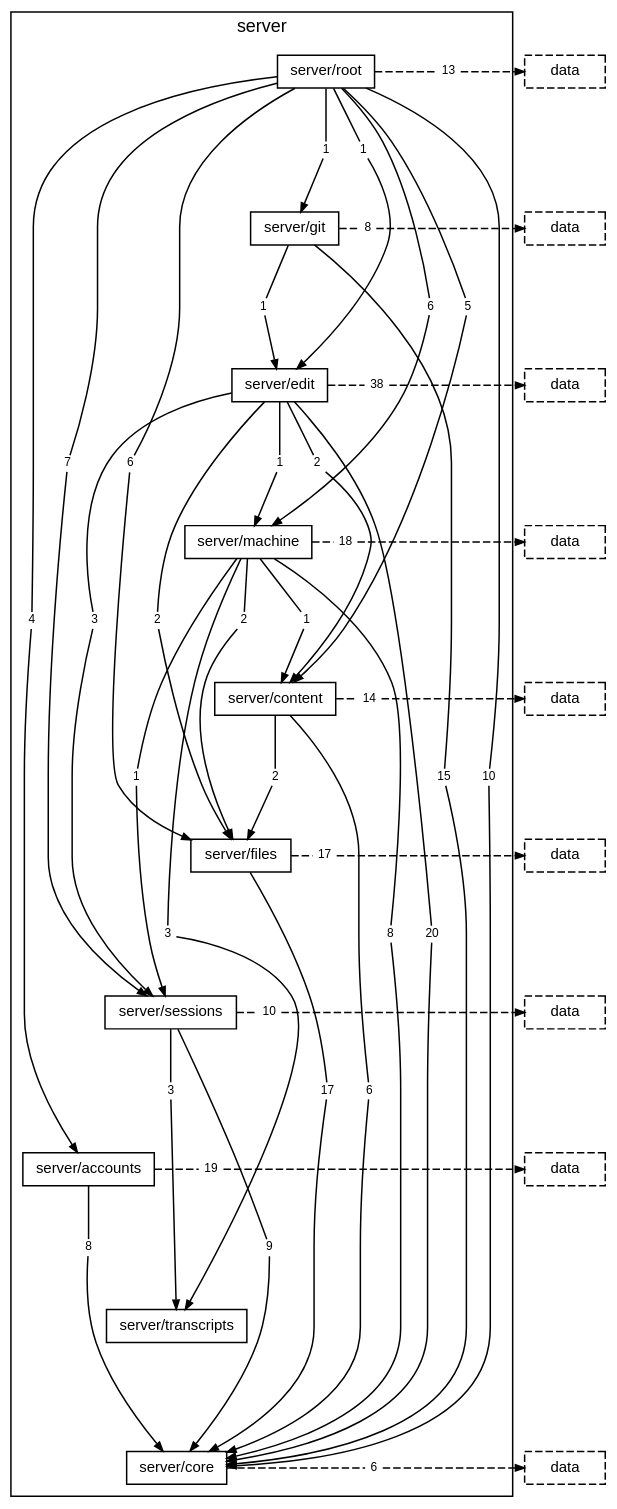
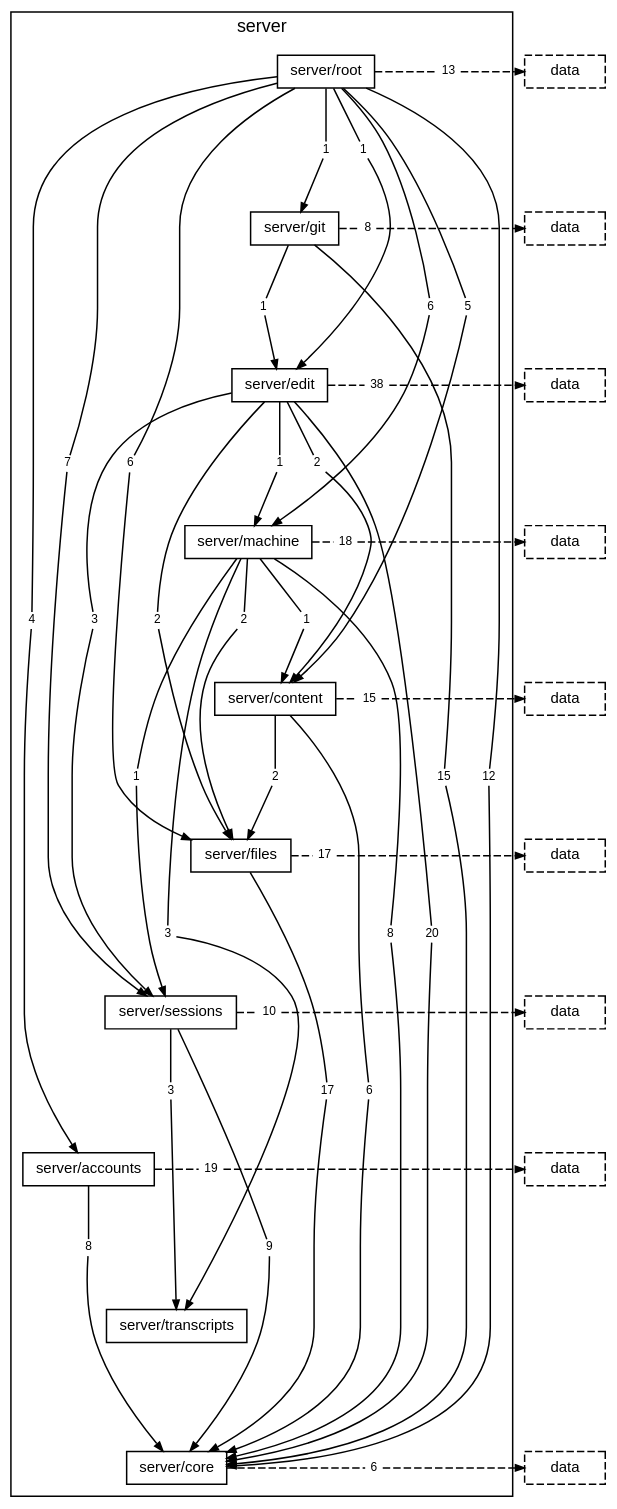
The diagram in docs/diagrams/layer-server.dot (TheAxeC/oculus), drawn with Graphviz before and after one commit. The commit also changed 95 other files, not shown here.

```diff
--- a/docs/diagrams/layer-server.dot
+++ b/docs/diagrams/layer-server.dot
@@ -16,7 +16,7 @@
         "folder server/core" [label="server/core"];
         "folder server/root to folder server/accounts" [label="4", shape=box, color="transparent", fontsize=8, width=0, height=0, margin="0.04,0.02"];
         "folder server/root to folder server/content" [label="5", shape=box, color="transparent", fontsize=8, width=0, height=0, margin="0.04,0.02"];
-        "folder server/root to folder server/core" [label="10", shape=box, color="transparent", fontsize=8, width=0, height=0, margin="0.04,0.02"];
+        "folder server/root to folder server/core" [label="12", shape=box, color="transparent", fontsize=8, width=0, height=0, margin="0.04,0.02"];
         "folder server/root to folder server/edit" [label="1", shape=box, color="transparent", fontsize=8, width=0, height=0, margin="0.04,0.02"];
         "folder server/root to folder server/files" [label="6", shape=box, color="transparent", fontsize=8, width=0, height=0, margin="0.04,0.02"];
         "folder server/root to folder server/git" [label="1", shape=box, color="transparent", fontsize=8, width=0, height=0, margin="0.04,0.02"];
@@ -40,7 +40,7 @@
         "folder server/machine to layer data" [label="18", shape=box, color="transparent", fontsize=8, width=0, height=0, margin="0.04,0.02"];
         "folder server/content to folder server/core" [label="6", shape=box, color="transparent", fontsize=8, width=0, height=0, margin="0.04,0.02"];
         "folder server/content to folder server/files" [label="2", shape=box, color="transparent", fontsize=8, width=0, height=0, margin="0.04,0.02"];
-        "folder server/content to layer data" [label="14", shape=box, color="transparent", fontsize=8, width=0, height=0, margin="0.04,0.02"];
+        "folder server/content to layer data" [label="15", shape=box, color="transparent", fontsize=8, width=0, height=0, margin="0.04,0.02"];
         "folder server/files to folder server/core" [label="17", shape=box, color="transparent", fontsize=8, width=0, height=0, margin="0.04,0.02"];
         "folder server/files to layer data" [label="17", shape=box, color="transparent", fontsize=8, width=0, height=0, margin="0.04,0.02"];
         "folder server/sessions to folder server/core" [label="9", shape=box, color="transparent", fontsize=8, width=0, height=0, margin="0.04,0.02"];
```
